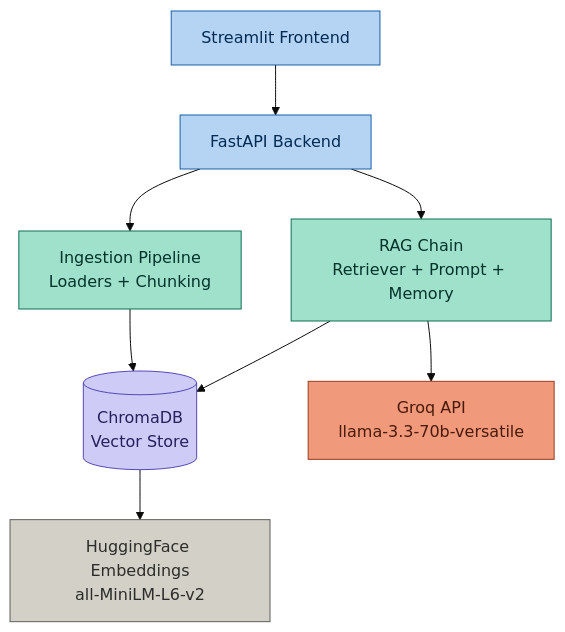
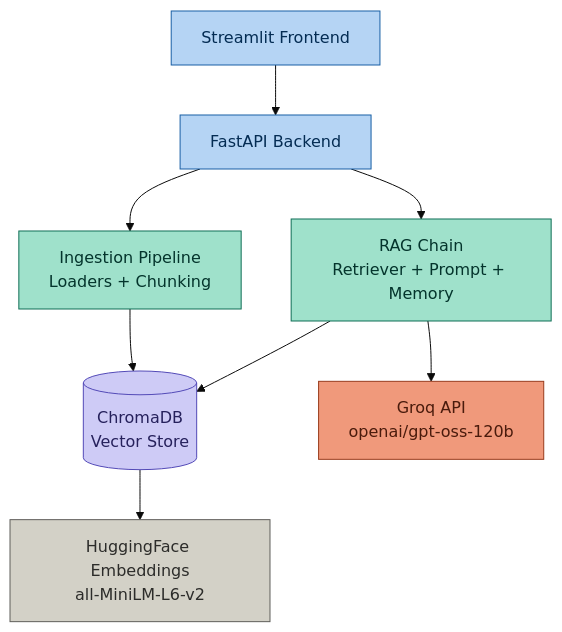
Before and after one commit to Muhammad-Ahmed-Rayyan/Retrievault-RAG: the first of 3 diagrams in docs/architecture.md, drawn with Mermaid (base theme). The commit also changed 2 other files, not shown here.

Commit message:
feat: update Groq model in Architecture & README

````diff
--- a/docs/architecture.md
+++ b/docs/architecture.md
@@ -3,18 +3,18 @@
 ```mermaid
 graph TD
     UI[Streamlit Frontend] --> API[FastAPI Backend]
     API --> ING[Ingestion Pipeline<br/>Loaders + Chunking]
     API --> RAG[RAG Chain<br/>Retriever + Prompt + Memory]
     ING --> VDB[(ChromaDB<br/>Vector Store)]
     RAG --> VDB
     VDB --> EMB[HuggingFace Embeddings<br/>all-MiniLM-L6-v2]
-    RAG --> LLM[Groq API<br/>llama-3.3-70b-versatile]
+    RAG --> LLM[Groq API<br/>openai/gpt-oss-120b]
 
     style UI fill:#B5D4F4,stroke:#185FA5,color:#042C53
     style API fill:#B5D4F4,stroke:#185FA5,color:#042C53
     style ING fill:#9FE1CB,stroke:#0F6E56,color:#04342C
     style RAG fill:#9FE1CB,stroke:#0F6E56,color:#04342C
     style VDB fill:#CECBF6,stroke:#534AB7,color:#26215C
     style EMB fill:#D3D1C7,stroke:#5F5E5A,color:#2C2C2A
     style LLM fill:#F0997B,stroke:#993C1D,color:#4A1B0C
 ```
````
